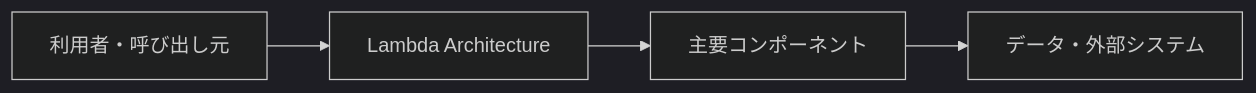
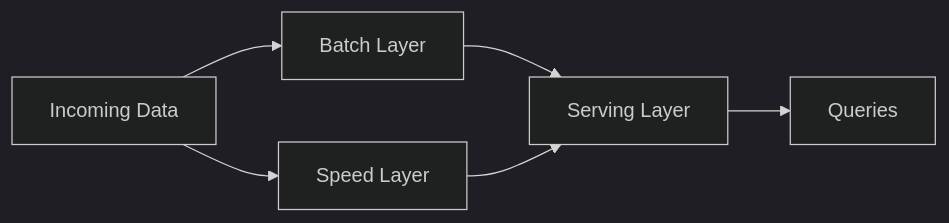
The diagram in docs/データ・更新モデル系/ラムダアーキテクチャ.md (t-shirayama/architecture-notes), drawn with Mermaid (dark theme) before and after one commit. The commit also changed other lines of this file and 32 other files, not shown here.

Commit message:
docs: refine remaining architecture notes

````diff
--- a/docs/データ・更新モデル系/ラムダアーキテクチャ.md
+++ b/docs/データ・更新モデル系/ラムダアーキテクチャ.md
@@ -24,6 +28,8 @@
 ```mermaid
 flowchart LR
-    A[利用者・呼び出し元] --> B[Lambda Architecture]
-    B --> C[主要コンポーネント]
-    C --> D[データ・外部システム]
+    Data[Incoming Data] --> Batch[Batch Layer]
+    Data --> Speed[Speed Layer]
+    Batch --> Serving[Serving Layer]
+    Speed --> Serving
+    Serving --> Query[Queries]
 ```
````
